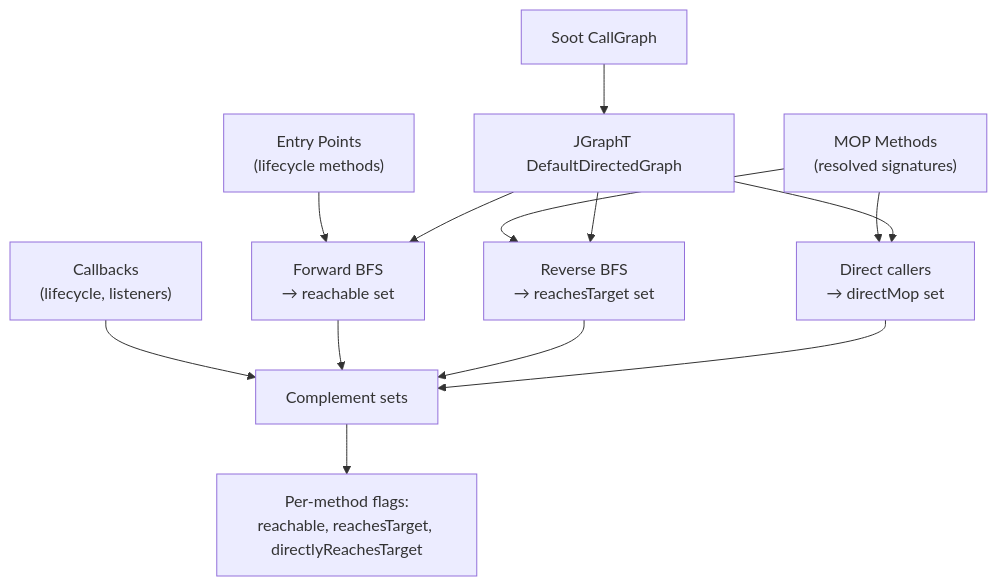
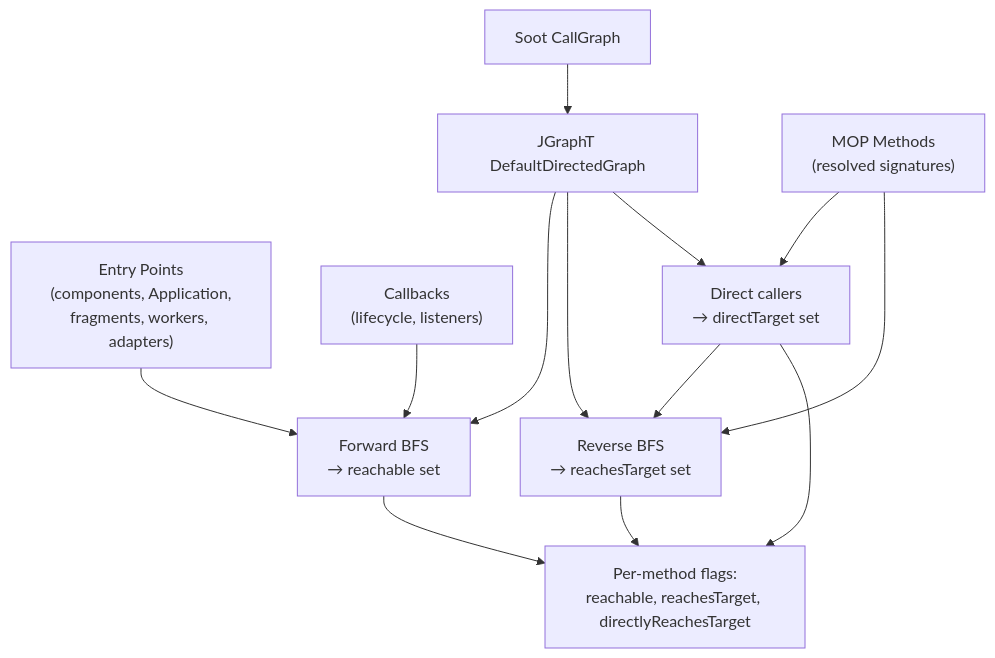
Before and after one commit to PAMunb/rvsec: the third of 4 diagrams in rvsec/rvsec-android/rvsec-gator/client/docs/architecture.md, drawn with Mermaid. The commit also changed other lines of this file and 80 other files, not shown here.

````diff
--- a/rvsec/rvsec-android/rvsec-gator/client/docs/architecture.md
+++ b/rvsec/rvsec-android/rvsec-gator/client/docs/architecture.md
@@ -193,18 +206,17 @@
 ```mermaid
 flowchart TD
     CG["Soot CallGraph"] --> JG["JGraphT DefaultDirectedGraph"]
-    EP["Entry Points<br/>(lifecycle methods)"] --> FWD["Forward BFS<br/>→ reachable set"]
-    MOP["MOP Methods<br/>(resolved signatures)"] --> REV["Reverse BFS<br/>→ reachesTarget set"]
-    MOP --> DIRECT["Direct callers<br/>→ directMop set"]
-    CB["Callbacks<br/>(lifecycle, listeners)"] --> COMP["Complement sets"]
+    EP["Entry Points<br/>(components, Application,<br/>fragments, workers, adapters)"] --> FWD["Forward BFS<br/>→ reachable set"]
+    CB["Callbacks<br/>(lifecycle, listeners)"] --> FWD
+    MOP["MOP Methods<br/>(resolved signatures)"] --> DIRECT["Direct callers<br/>→ directTarget set"]
+    MOP --> REV["Reverse BFS<br/>→ reachesTarget set"]
+    DIRECT --> REV
 
     JG --> FWD
     JG --> REV
     JG --> DIRECT
 
-    FWD --> COMP
-    REV --> COMP
-    DIRECT --> COMP
-
-    COMP --> JSON["Per-method flags:<br/>reachable, reachesTarget, directlyReachesTarget"]
+    FWD --> JSON["Per-method flags:<br/>reachable, reachesTarget, directlyReachesTarget"]
+    REV --> JSON
+    DIRECT --> JSON
 ```
````
